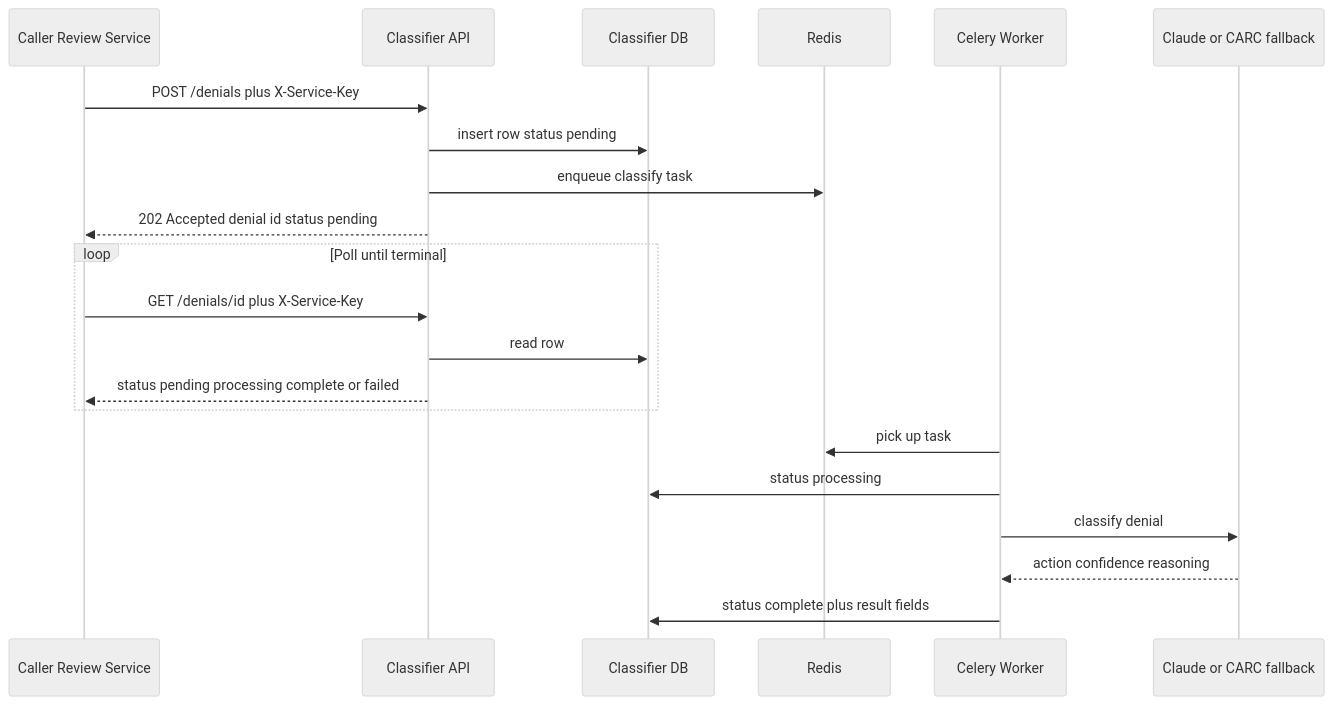
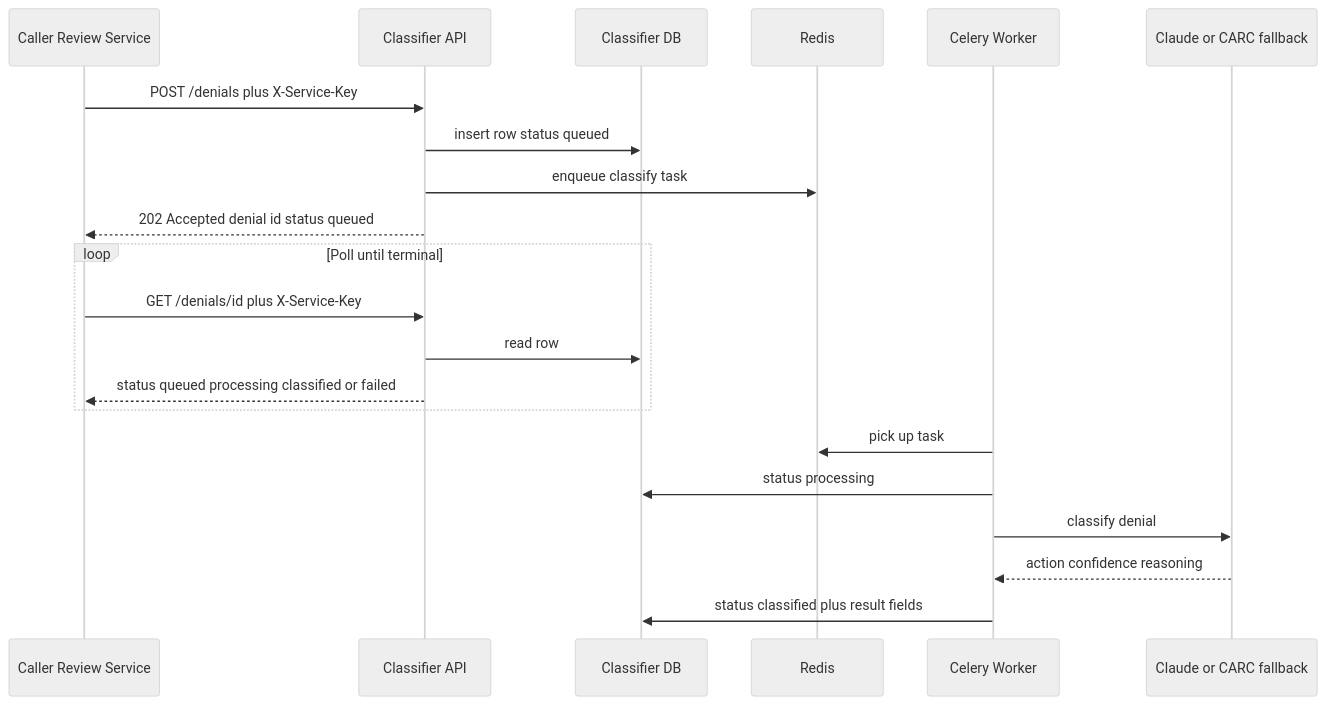
The second of 5 diagrams in ARCHITECTURE.md (zsociety47/claim-triage-service), drawn with Mermaid (neutral theme) before and after one commit. The commit also changed other lines of this file and 2 other files, not shown here.

First line of the commit message:
Add project memory and align denial status vocabulary

````diff
--- a/ARCHITECTURE.md
+++ b/ARCHITECTURE.md
@@ -76,26 +76,26 @@
 ```mermaid
 sequenceDiagram
   participant Caller as Caller Review Service
   participant API as Classifier API
   participant DB as Classifier DB
   participant Redis as Redis
   participant Worker as Celery Worker
   participant LLM as Claude or CARC fallback
 
   Caller->>API: POST /denials plus X-Service-Key
-  API->>DB: insert row status pending
+  API->>DB: insert row status queued
   API->>Redis: enqueue classify task
-  API-->>Caller: 202 Accepted denial id status pending
+  API-->>Caller: 202 Accepted denial id status queued
 
   loop Poll until terminal
     Caller->>API: GET /denials/id plus X-Service-Key
     API->>DB: read row
-    API-->>Caller: status pending processing complete or failed
+    API-->>Caller: status queued processing classified or failed
   end
 
   Worker->>Redis: pick up task
   Worker->>DB: status processing
   Worker->>LLM: classify denial
   LLM-->>Worker: action confidence reasoning
-  Worker->>DB: status complete plus result fields
+  Worker->>DB: status classified plus result fields
 ```
````
